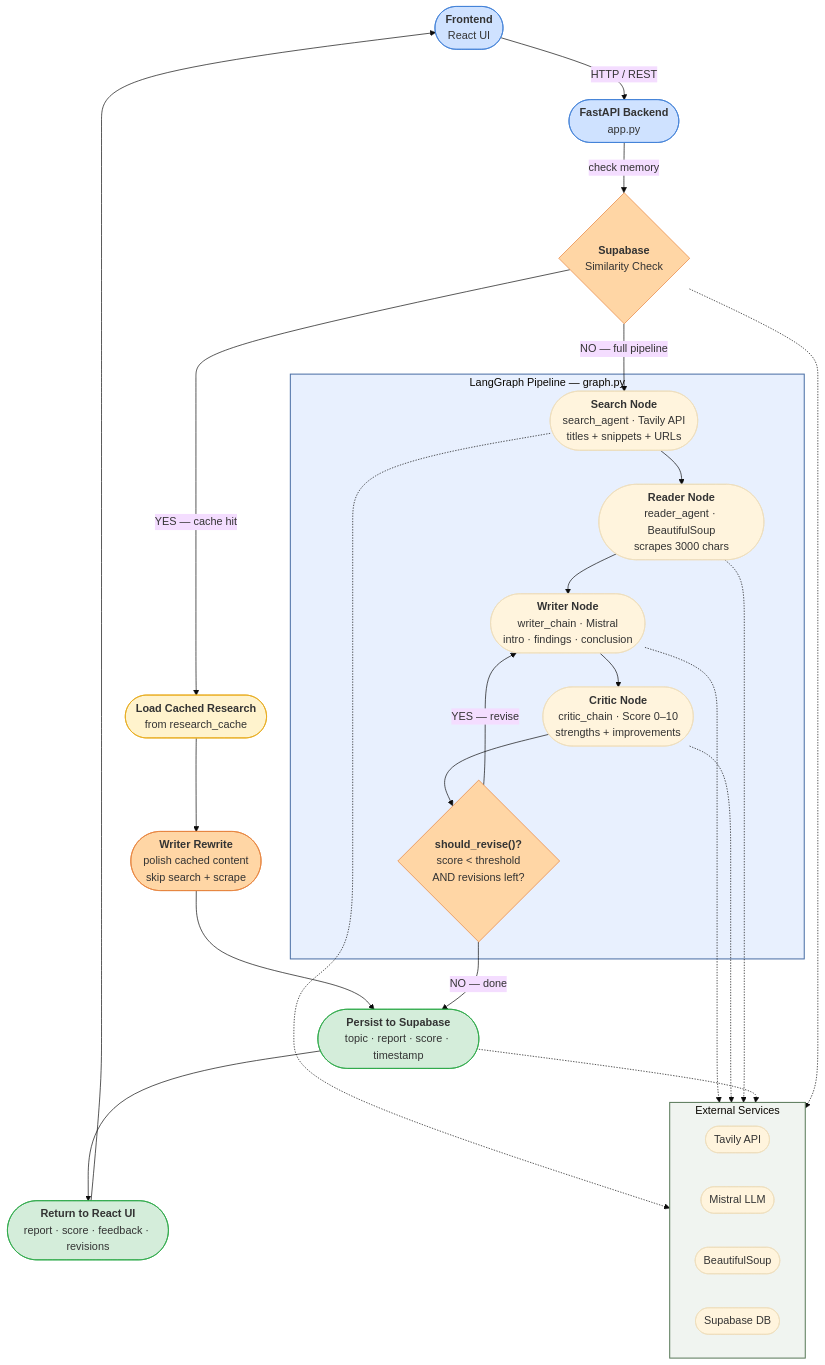
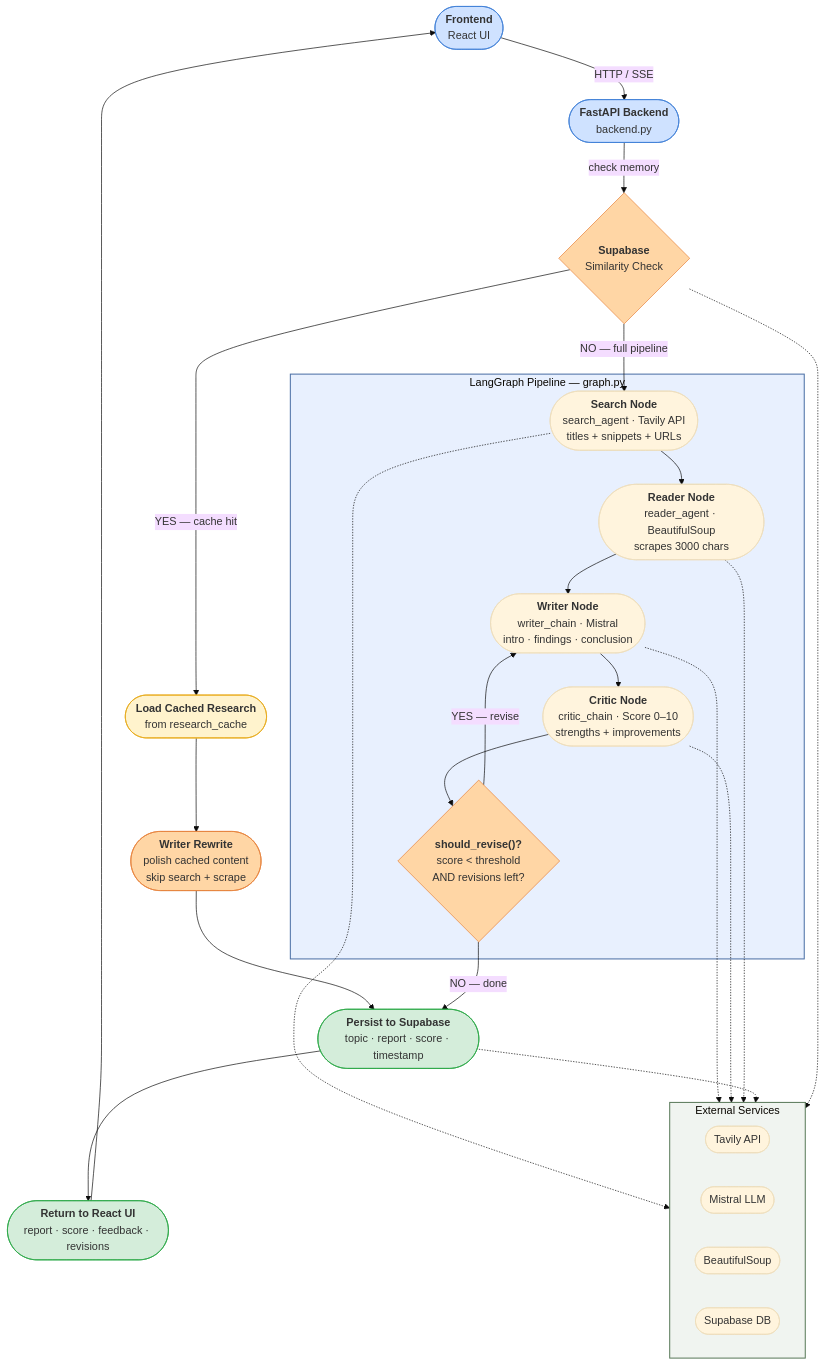
One commit to AsthaBhaskar/multi-agent-research-agent changed the first of 2 diagrams in README.md. Above: the diagram before and after it, drawn with Mermaid (base theme). The commit also changed other lines of this file, not shown here.

````diff
--- a/README.md
+++ b/README.md
@@ -19,78 +21,78 @@
 ```mermaid
 flowchart TD
     UI(["`**Frontend**
     React UI`"])
     API(["`**FastAPI Backend**
-    app.py`"])
+    backend.py`"])
     SUPA_CHECK{"`**Supabase**
     Similarity Check`"}
     CACHE_HIT(["`**Load Cached Research**
     from research_cache`"])
     WRITER_FAST(["`**Writer Rewrite**
     polish cached content
     skip search + scrape`"])
 
     subgraph PIPELINE ["  LangGraph Pipeline — graph.py  "]
         SEARCH(["`**Search Node**
         search_agent · Tavily API
         titles + snippets + URLs`"])
         READER(["`**Reader Node**
         reader_agent · BeautifulSoup
         scrapes 3000 chars`"])
         WRITER(["`**Writer Node**
         writer_chain · Mistral
         intro · findings · conclusion`"])
         CRITIC(["`**Critic Node**
         critic_chain · Score 0–10
         strengths + improvements`"])
         REVISE{"`**should_revise()?**
         score < threshold
         AND revisions left?`"}
     end
 
     SAVE(["`**Persist to Supabase**
     topic · report · score · timestamp`"])
     RESULT(["`**Return to React UI**
     report · score · feedback · revisions`"])
 
     subgraph EXTERNAL ["  External Services  "]
         direction LR
         T([Tavily API])
         M([Mistral LLM])
         B([BeautifulSoup])
         S([Supabase DB])
     end
 
-    UI -->|HTTP / REST| API
+    UI -->|HTTP / SSE| API
     API -->|check memory| SUPA_CHECK
     SUPA_CHECK -->|YES — cache hit| CACHE_HIT
     CACHE_HIT --> WRITER_FAST
     WRITER_FAST --> SAVE
     SUPA_CHECK -->|NO — full pipeline| SEARCH
     SEARCH --> READER
     READER --> WRITER
     WRITER --> CRITIC
     CRITIC --> REVISE
     REVISE -->|YES — revise| WRITER
     REVISE -->|NO — done| SAVE
     SAVE --> RESULT
     RESULT --> UI
 
     SEARCH -.-> T
     WRITER -.-> M
     CRITIC -.-> M
     READER -.-> B
     SAVE -.-> S
     SUPA_CHECK -.-> S
 
     style PIPELINE fill:#e8f0fe,stroke:#4a6fa5,stroke-width:1.5px
     style EXTERNAL fill:#f0f4f0,stroke:#5a7a5a,stroke-width:1.5px
     style CACHE_HIT fill:#fff3cd,stroke:#e6a817
     style WRITER_FAST fill:#ffd6a5,stroke:#e6813a
     style SUPA_CHECK fill:#ffd6a5,stroke:#e6813a
     style REVISE fill:#ffd6a5,stroke:#e6813a
     style SAVE fill:#d4edda,stroke:#28a745
     style RESULT fill:#d4edda,stroke:#28a745
     style UI fill:#cfe2ff,stroke:#3d7ed6
     style API fill:#cfe2ff,stroke:#3d7ed6
 ```
````
